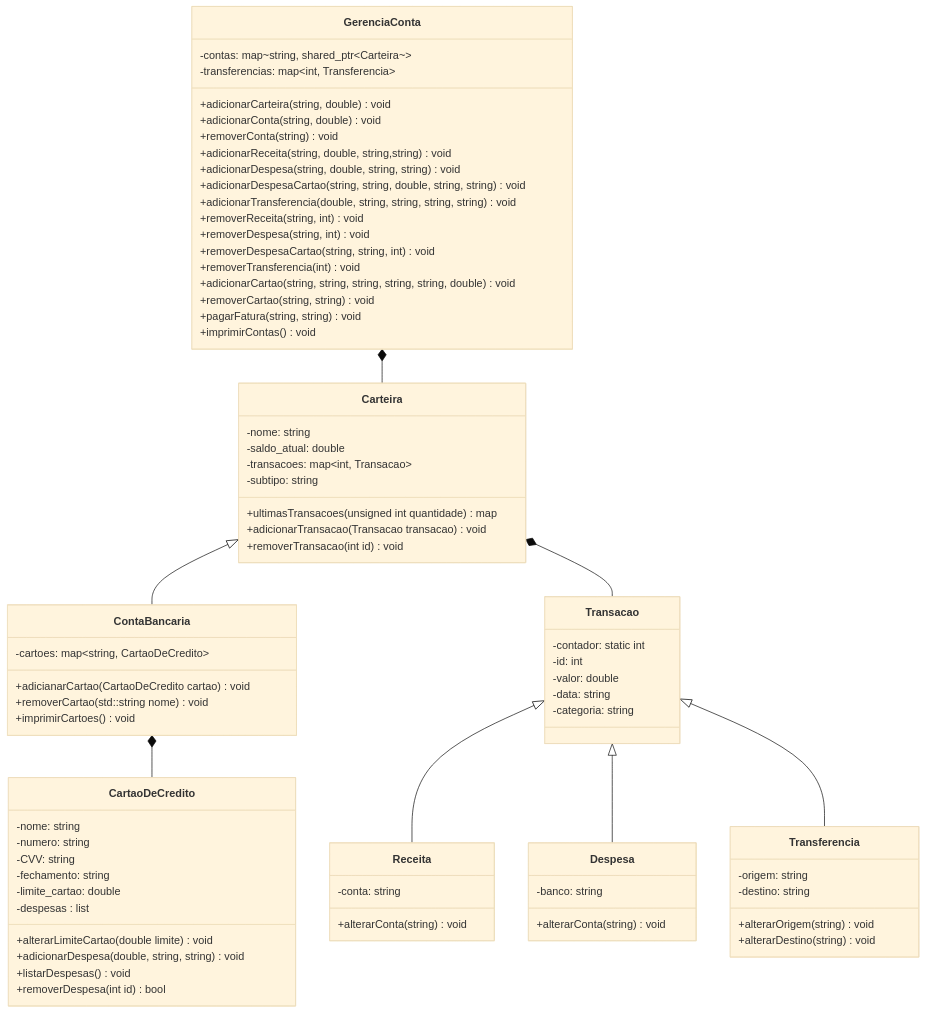
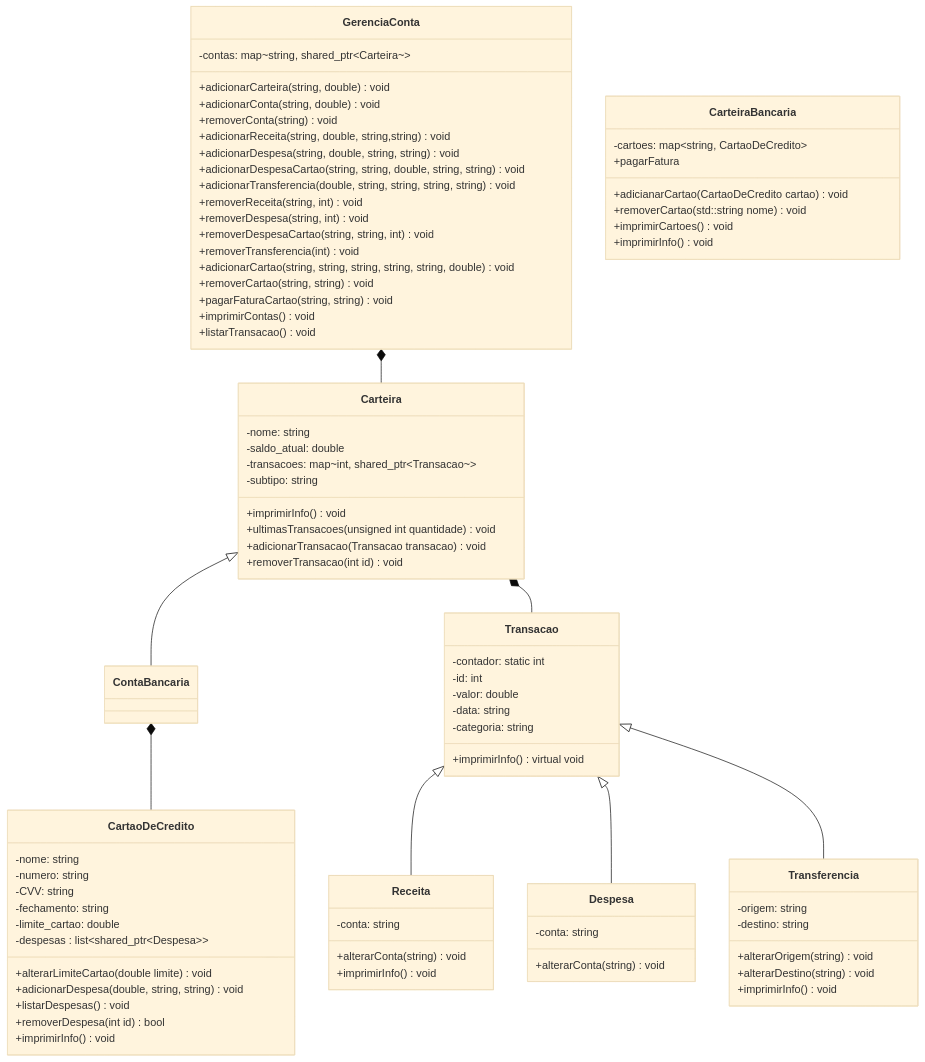
One commit to Le0-1/projeto-final-pd2 changed the diagram in docs/diagrama.md. Above: the diagram before and after it, drawn with Mermaid (base theme).

Commit message:
Alteração diagrama geral

````diff
--- a/docs/diagrama.md
+++ b/docs/diagrama.md
@@ -3,23 +3,27 @@
 
 class GerenciaConta {
     -contas: map~string, shared_ptr~Carteira~~
-    -transferencias: map~int, Transferencia~
 
     +adicionarCarteira(string, double) void
     +adicionarConta(string, double) void
+
     +removerConta(string) void
+
     +adicionarReceita(string, double, string,string) void
     +adicionarDespesa(string, double, string, string) void
     +adicionarDespesaCartao(string, string, double, string, string) void
     +adicionarTransferencia(double, string, string, string, string) void
+
     +removerReceita(string, int) void
     +removerDespesa(string, int) void
     +removerDespesaCartao(string, string, int) void
     +removerTransferencia(int) void
+
     +adicionarCartao(string, string, string, string, string, double) void
     +removerCartao(string, string) void
-    +pagarFatura(string, string) void
+    +pagarFaturaCartao(string, string) void
     +imprimirContas() void
+    +listarTransacao() void
 }
 
 GerenciaConta *-- Carteira
@@ -27,10 +31,11 @@
 class Carteira {
     -nome: string
     -saldo_atual: double
-    -transacoes: map~int, Transacao~
+    -transacoes: map~int, shared_ptr~Transacao~~
     -subtipo: string
 
-    +ultimasTransacoes(unsigned int quantidade) map
+    +imprimirInfo() void
+    +ultimasTransacoes(unsigned int quantidade) void
     +adicionarTransacao(Transacao transacao) void
     +removerTransacao(int id) void
 }
@@ -38,12 +43,14 @@
 Carteira <|-- ContaBancaria
 Carteira *-- Transacao
 
-class ContaBancaria {
+class CarteiraBancaria {
     -cartoes: map~string, CartaoDeCredito~
 
     +adicianarCartao(CartaoDeCredito cartao) void
     +removerCartao(std::string nome) void 
+    +pagarFatura
     +imprimirCartoes() void
+    +imprimirInfo() void
 }
 
 ContaBancaria *-- CartaoDeCredito
@@ -54,13 +61,13 @@
     -CVV: string
     -fechamento: string
     -limite_cartao: double
-    -despesas : list
+    -despesas : list~shared_ptr~Despesa~~
 
     +alterarLimiteCartao(double limite) void
     +adicionarDespesa(double, string, string) void
     +listarDespesas() void
     +removerDespesa(int id) bool
-    
+    +imprimirInfo() void
 }
 
 class Transacao {
@@ -69,6 +76,8 @@
     -valor: double
     -data: string
     -categoria: string
+
+    +imprimirInfo() virtual void
 }
 
 Transacao <|-- Receita
@@ -79,10 +88,11 @@
     -conta: string 
 
     +alterarConta(string) void
+    +imprimirInfo() void
 }
 
 class Despesa {
-    -banco: string
+    -conta: string
 
     +alterarConta(string) void
 }
@@ -93,6 +103,7 @@
 
     +alterarOrigem(string) void
     +alterarDestino(string) void
+    +imprimirInfo() void
 }
 
 ```
````
